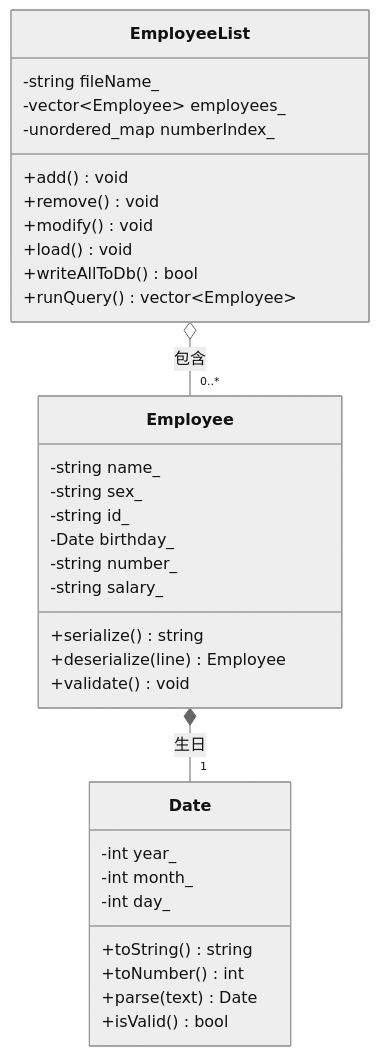
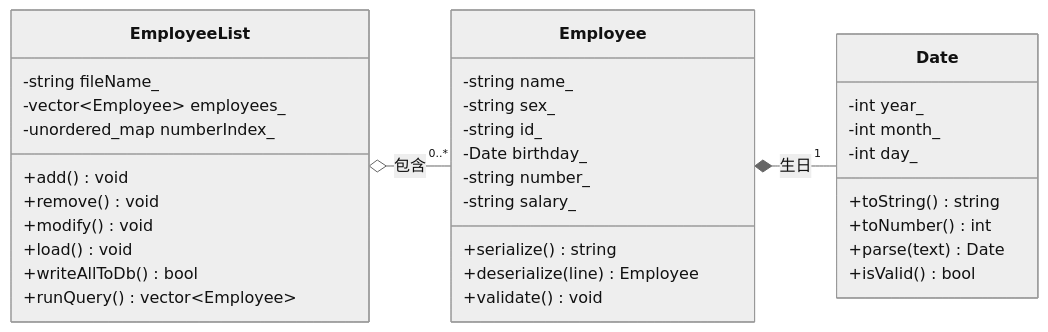
One commit to qw798124012700qw/personnel-management-system changed the second of 4 diagrams in README.md. Above: the diagram before and after it, drawn with Mermaid (neutral theme).

Commit message:
docs: 类设计图改为横向布局(direction LR), 更美观舒展

````diff
--- a/README.md
+++ b/README.md
@@ -145,36 +145,37 @@
 ```mermaid
 classDiagram
+    direction LR
     class Date {
       -int year_
       -int month_
       -int day_
       +toString() string
       +toNumber() int
       +parse(text) Date
       +isValid() bool
     }
     class Employee {
       -string name_
       -string sex_
       -string id_
       -Date birthday_
       -string number_
       -string salary_
       +serialize() string
       +deserialize(line) Employee
       +validate() void
     }
     class EmployeeList {
       -string fileName_
       -vector~Employee~ employees_
       -unordered_map numberIndex_
       +add() void
       +remove() void
       +modify() void
       +load() void
       +writeAllToDb() bool
       +runQuery() vector~Employee~
     }
     EmployeeList o-- "0..*" Employee : 包含
     Employee *-- "1" Date : 生日
 ```
````
